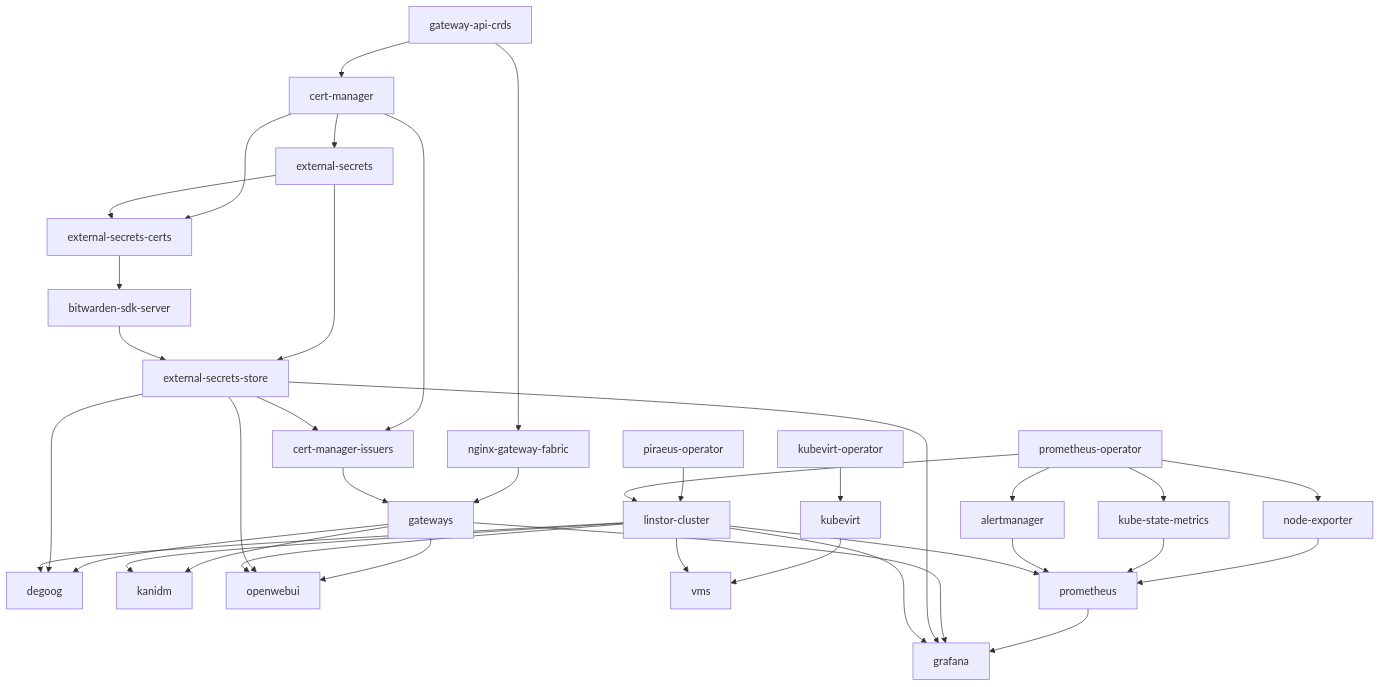
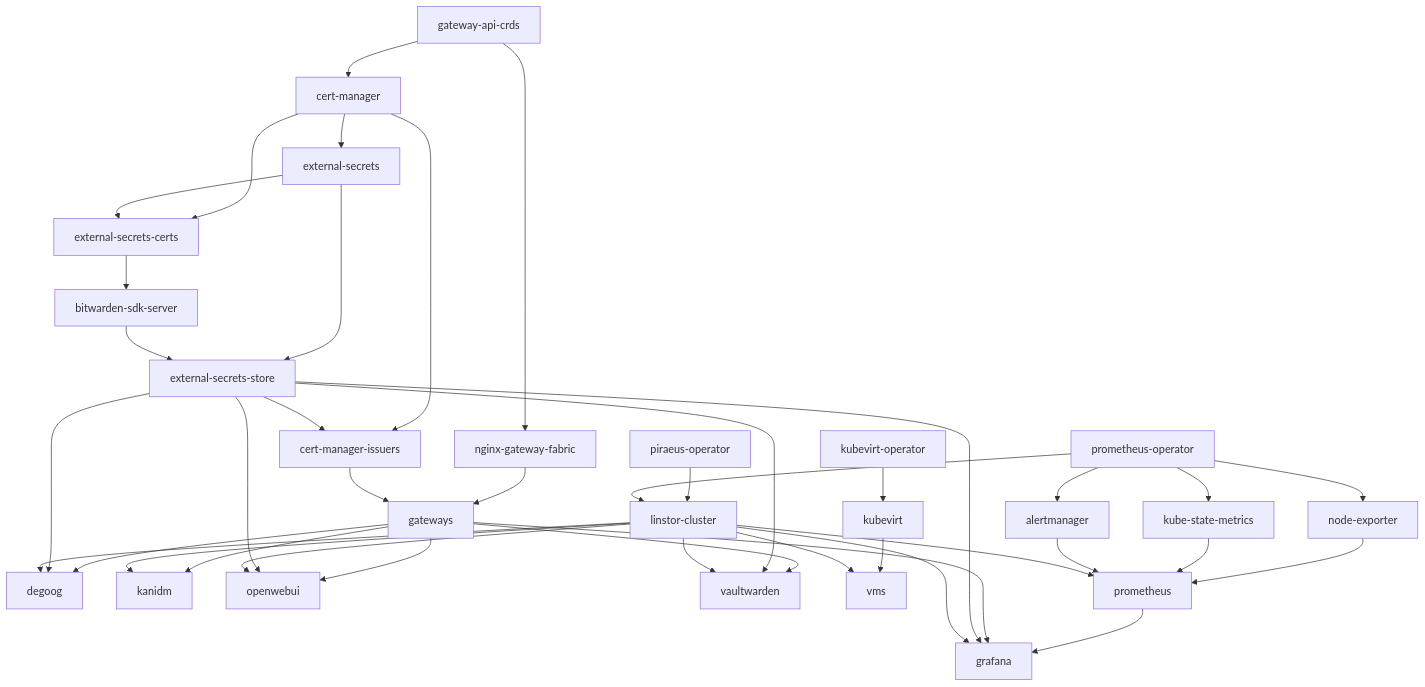
Before and after one commit to martinxtinto/k8s-flux: the diagram in README.md, drawn with Mermaid. The commit also changed other lines of this file and 7 other files, not shown here.

````diff
--- a/README.md
+++ b/README.md
@@ -30,39 +30,42 @@
 ```mermaid
 flowchart TD
   gateway-api-crds --> cert-manager
   gateway-api-crds --> nginx-gateway-fabric
   cert-manager --> external-secrets
   cert-manager --> external-secrets-certs
   external-secrets --> external-secrets-certs
   external-secrets --> external-secrets-store
   external-secrets-certs --> bitwarden-sdk-server
   bitwarden-sdk-server --> external-secrets-store
   cert-manager --> cert-manager-issuers
   external-secrets-store --> cert-manager-issuers
   nginx-gateway-fabric --> gateways
   cert-manager-issuers --> gateways
   piraeus-operator --> linstor-cluster
   prometheus-operator --> linstor-cluster
   kubevirt-operator --> kubevirt
   gateways --> degoog
   external-secrets-store --> degoog
   linstor-cluster --> degoog
   gateways --> kanidm
   linstor-cluster --> kanidm
   gateways --> openwebui
   external-secrets-store --> openwebui
   linstor-cluster --> openwebui
+  gateways --> vaultwarden
+  external-secrets-store --> vaultwarden
+  linstor-cluster --> vaultwarden
   kubevirt --> vms
   linstor-cluster --> vms
   prometheus-operator --> node-exporter
   prometheus-operator --> kube-state-metrics
   prometheus-operator --> alertmanager
   node-exporter --> prometheus
   kube-state-metrics --> prometheus
   alertmanager --> prometheus
   linstor-cluster --> prometheus
   prometheus --> grafana
   gateways --> grafana
   external-secrets-store --> grafana
   linstor-cluster --> grafana
 ```
````
